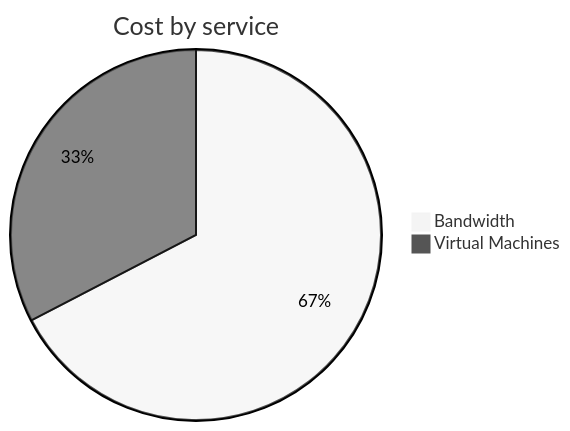
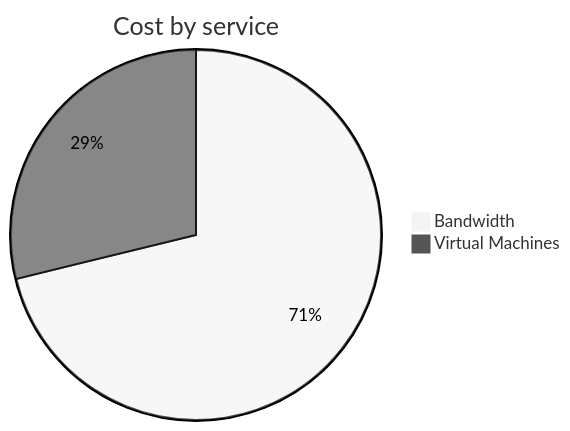
One commit to jpfulton/azure-personal-reports changed the second of 4 diagrams in cost-reports/personal-network/vpn-server.md. Above: the diagram before and after it, drawn with Mermaid (neutral theme). The commit also changed other lines of this file and 8 other files, not shown here.

````diff
--- a/cost-reports/personal-network/vpn-server.md
+++ b/cost-reports/personal-network/vpn-server.md
@@ -96,6 +96,6 @@
 ```mermaid
 pie
    title Cost by service
-   "Bandwidth" : 3.10
-   "Virtual Machines" : 1.50
+   "Bandwidth" : 4.20
+   "Virtual Machines" : 1.70
 ```
````
